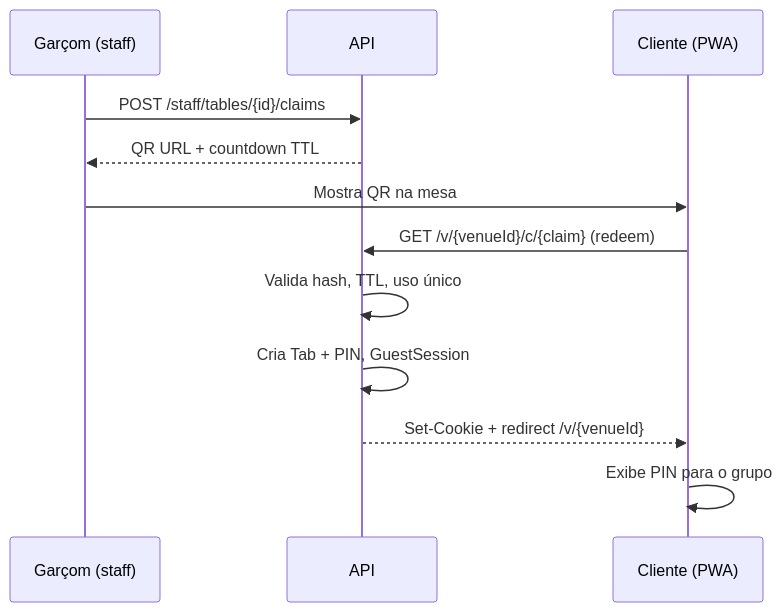
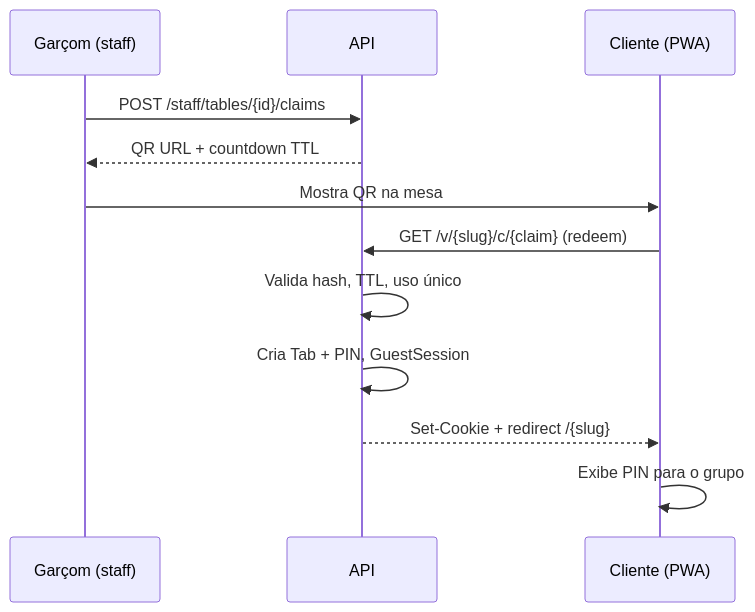
Before and after one commit to filiperamosds/eaimesa: the second of 2 diagrams in docs/product/fluxos.md, drawn with Mermaid. The commit also changed other lines of this file and 91 other files, not shown here.

````diff
--- a/docs/product/fluxos.md
+++ b/docs/product/fluxos.md
@@ -14,15 +44,15 @@
 ```mermaid
 sequenceDiagram
   participant G as Garçom (staff)
   participant API as API
   participant C as Cliente (PWA)
 
   G->>API: POST /staff/tables/{id}/claims
   API-->>G: QR URL + countdown TTL
   G->>C: Mostra QR na mesa
-  C->>API: GET /v/{venueId}/c/{claim} (redeem)
+  C->>API: GET /v/{slug}/c/{claim} (redeem)
   API->>API: Valida hash, TTL, uso único
   API->>API: Cria Tab + PIN, GuestSession
-  API-->>C: Set-Cookie + redirect /v/{venueId}
+  API-->>C: Set-Cookie + redirect /{slug}
   C->>C: Exibe PIN para o grupo
 ```
````
